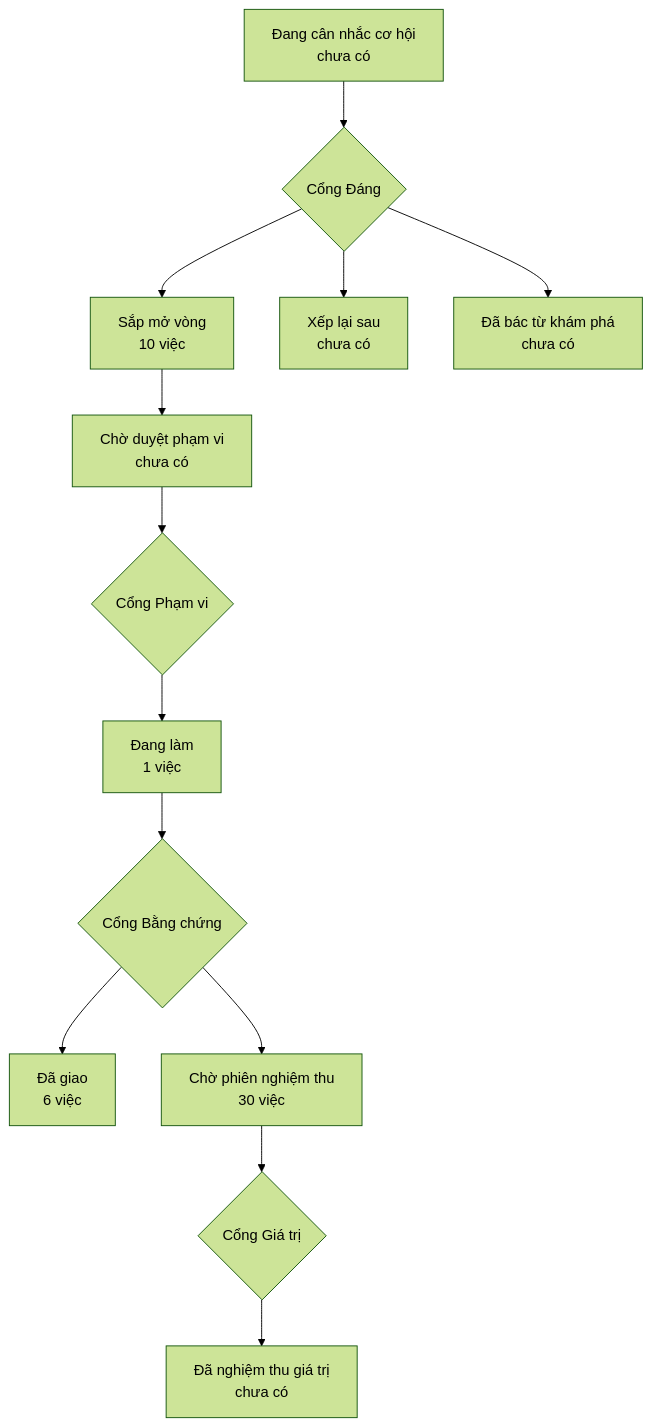
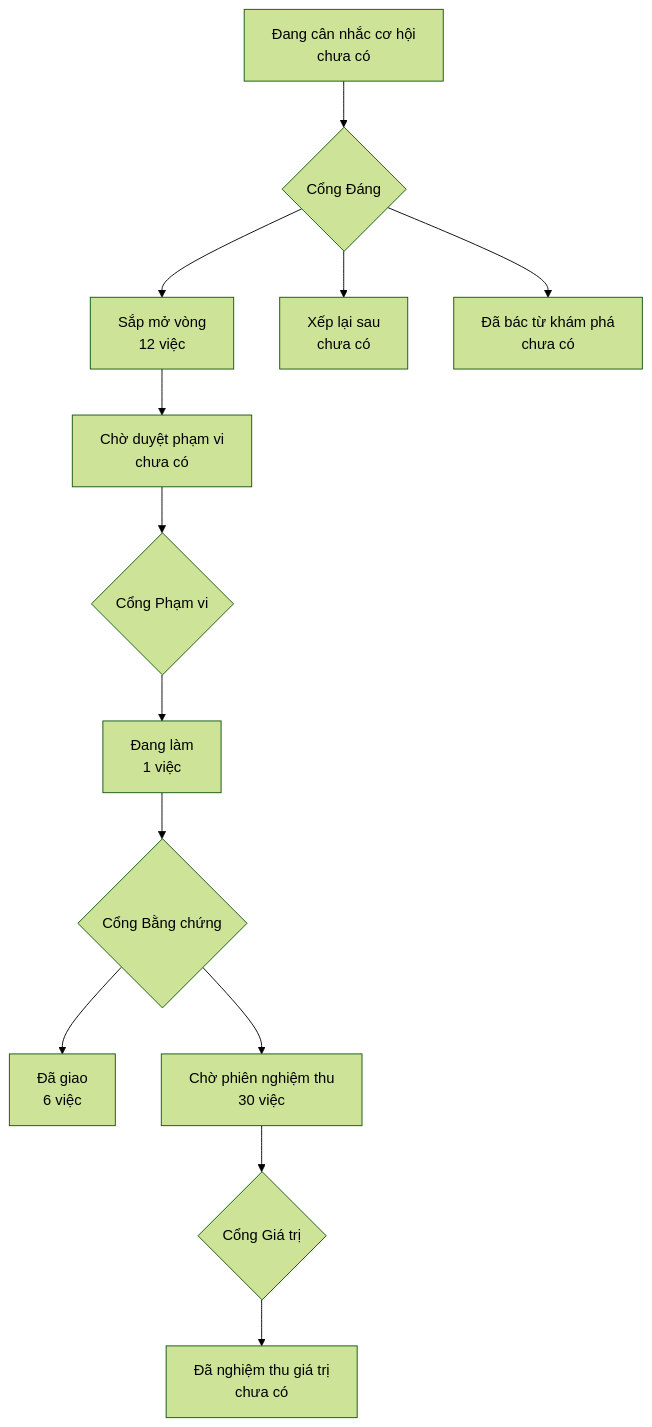
One commit to phanlemanh/onehub-quy-hang changed the diagram in PRODUCT-MAP.md. Above: the diagram before and after it, drawn with Mermaid (forest theme). The commit also changed other lines of this file and 1 other file, not shown here.

Commit message:
chore: vẽ lại bản đồ sau khi gộp main

````diff
--- a/PRODUCT-MAP.md
+++ b/PRODUCT-MAP.md
@@ -7,12 +7,12 @@
 ```mermaid
 flowchart TD
   A["Đang cân nhắc cơ hội<br/>chưa có"] --> GD{"Cổng Đáng"}
-  GD --> B["Sắp mở vòng<br/>10 việc"]
+  GD --> B["Sắp mở vòng<br/>12 việc"]
   GD --> XL["Xếp lại sau<br/>chưa có"]
   GD --> DB["Đã bác từ khám phá<br/>chưa có"]
   B --> CD["Chờ duyệt phạm vi<br/>chưa có"] --> GP{"Cổng Phạm vi"}
   GP --> DL["Đang làm<br/>1 việc"] --> GB{"Cổng Bằng chứng"}
   GB --> DG["Đã giao<br/>6 việc"]
   GB --> CN["Chờ phiên nghiệm thu<br/>30 việc"] --> GG{"Cổng Giá trị"}
   GG --> NT["Đã nghiệm thu giá trị<br/>chưa có"]
 ```
````
